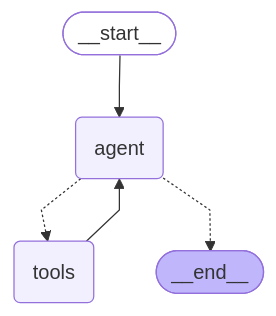
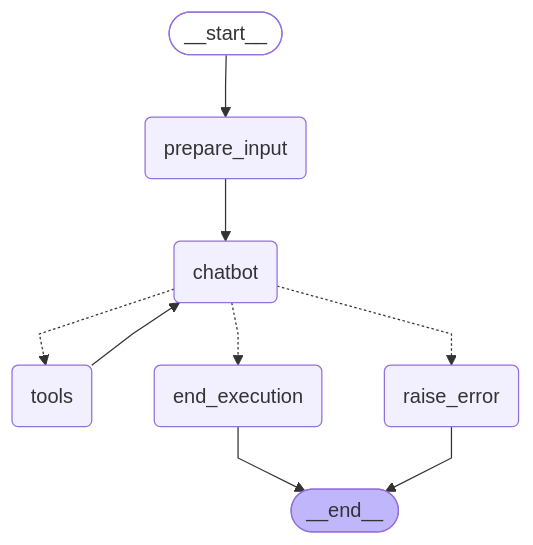
Before and after one commit to UiPath/uipath-langchain-python: the diagram in samples/gym-sample/README.md, drawn with Mermaid. The commit also changed other lines of this file, not shown here.

````diff
--- a/samples/gym-sample/README.md
+++ b/samples/gym-sample/README.md
@@ -23,19 +20,26 @@
 ```mermaid
 ---
 config:
   flowchart:
     curve: linear
 ---
 graph TD;
 	__start__([<p>__start__</p>]):::first
-	agent(agent)
+	prepare_input(prepare_input)
+	chatbot(chatbot)
 	tools(tools)
+	end_execution(end_execution)
+	raise_error(raise_error)
 	__end__([<p>__end__</p>]):::last
-	__start__ --> agent;
-	tools --> agent;
-	agent -.-> tools;
-	agent -.-> __end__;
+	__start__ --> prepare_input;
+	chatbot -.-> end_execution;
+	chatbot -.-> raise_error;
+	chatbot -.-> tools;
+	prepare_input --> chatbot;
+	tools --> chatbot;
+	end_execution --> __end__;
+	raise_error --> __end__;
 	classDef default fill:#f2f0ff,line-height:1.2
 	classDef first fill-opacity:0
 	classDef last fill:#bfb6fc
 ```
````
